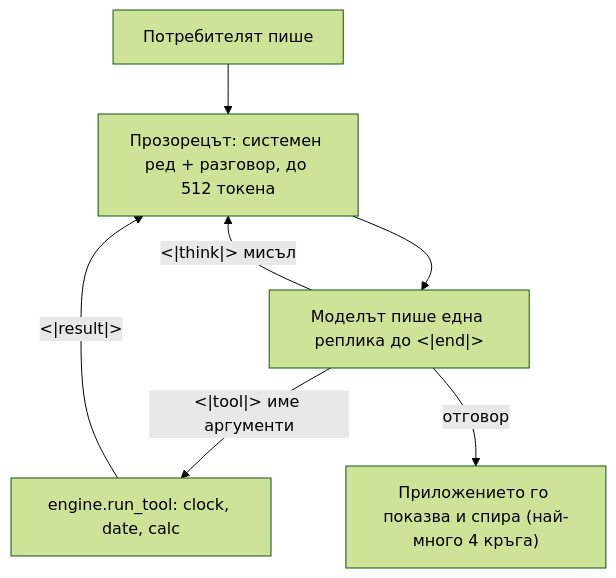
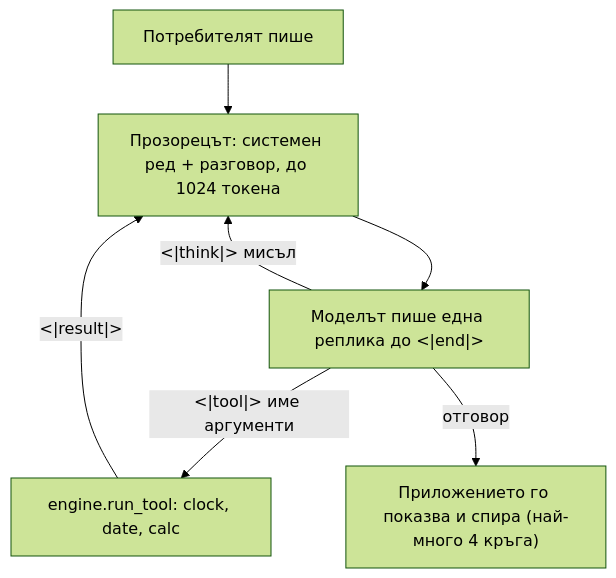
One commit to PappoIvanov/amica changed the second of 3 diagrams in docs/STATE.md. Above: the diagram before and after it, drawn with Mermaid (forest theme). The commit also changed other lines of this file and 10 other files, not shown here.

````diff
--- a/docs/STATE.md
+++ b/docs/STATE.md
@@ -79,9 +91,9 @@
 ```mermaid
 flowchart TD
-  U["Потребителят пише"] --> W["Прозорецът: системен ред + разговор, до 512 токена"]
+  U["Потребителят пише"] --> W["Прозорецът: системен ред + разговор, до 1024 токена"]
   W --> M["Моделът пише една реплика до <|end|>"]
   M -->|"<|think|> мисъл"| W
   M -->|"<|tool|> име аргументи"| T["engine.run_tool: clock, date, calc"]
   T -->|"<|result|>"| W
   M -->|"отговор"| A["Приложението го показва и спира (най-много 4 кръга)"]
 ```
````
